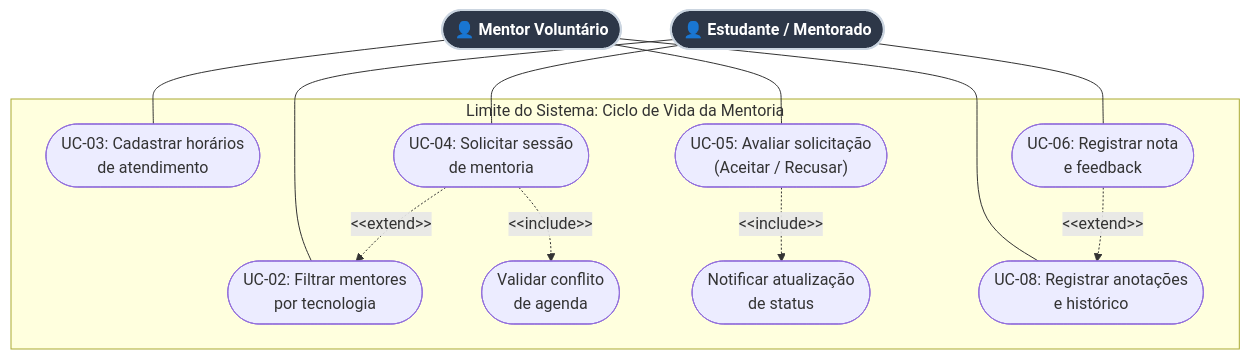
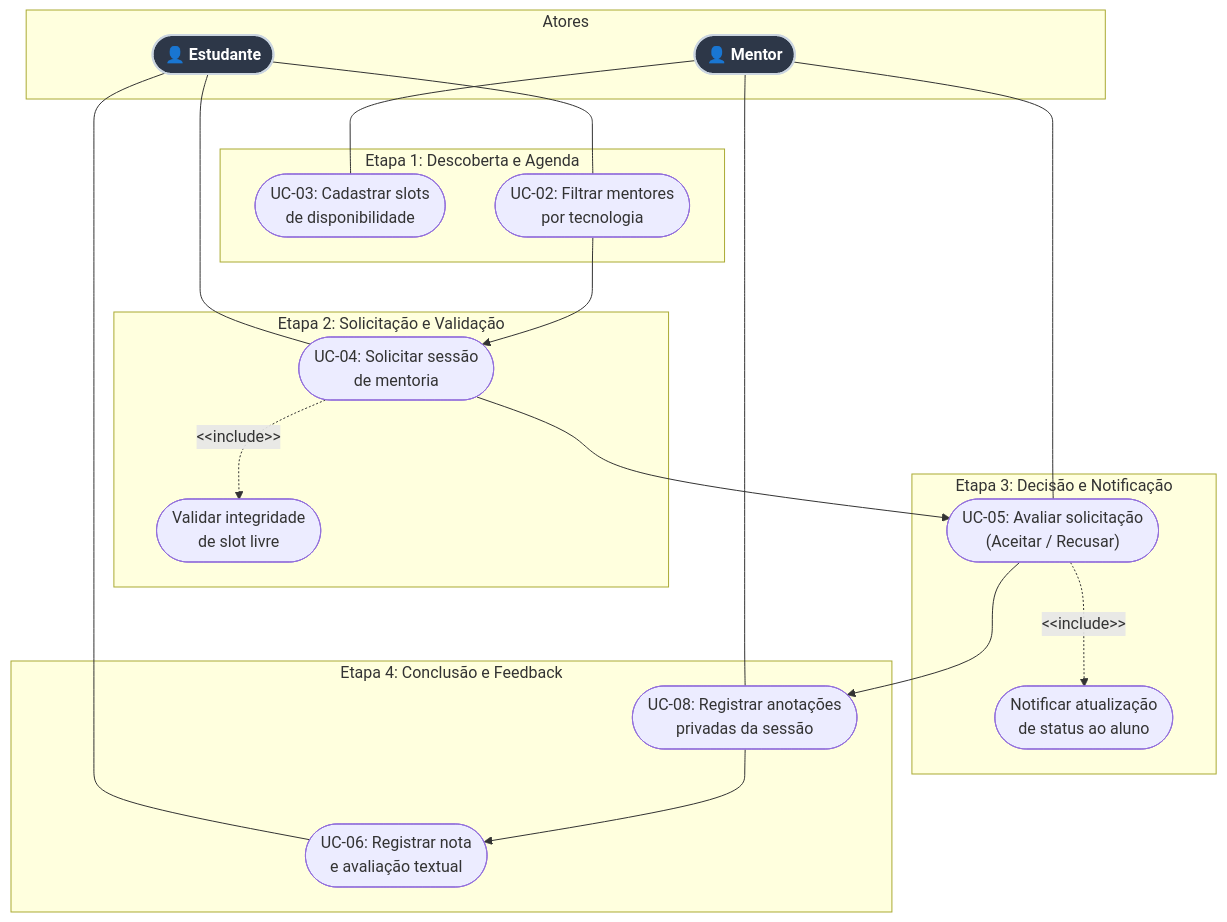
Before and after one commit to leorruas/puc: the second of 2 diagrams in 06. Projeto - Aplicacao Interativa/00 – Projeto de fato.md, drawn with Mermaid. The commit also changed other lines of this file, not shown here.

Commit message:
docs(projeto): organizar diagramas de caso de uso em fluxo vertical e subgrafos empilhados

````diff
--- a/06. Projeto - Aplicacao Interativa/00 – Projeto de fato.md
+++ b/06. Projeto - Aplicacao Interativa/00 – Projeto de fato.md
@@ -211,31 +216,46 @@
 ```mermaid
 flowchart TD
-    AtorAluno(["👤 Estudante / Mentorado"]):::actorStyle
-    AtorMentor(["👤 Mentor Voluntário"]):::actorStyle
-
-    subgraph SistemaMentoria["Limite do Sistema: Ciclo de Vida da Mentoria"]
-        UC_Filtrar(["UC-02: Filtrar mentores<br>por tecnologia"])
-        UC_Slots(["UC-03: Cadastrar horários<br>de atendimento"])
-        UC_Solicitar(["UC-04: Solicitar sessão<br>de mentoria"])
-        UC_ValidarSlot(["Validar conflito<br>de agenda"])
-        UC_Decidir(["UC-05: Avaliar solicitação<br>(Aceitar / Recusar)"])
-        UC_Notificar(["Notificar atualização<br>de status"])
-        UC_Avaliar(["UC-06: Registrar nota<br>e feedback"])
-        UC_Historico(["UC-08: Registrar anotações<br>e histórico"])
+    subgraph AtoresMentoria["Atores"]
+        AtorAluno(["👤 Estudante"]):::actorStyle
+        AtorMentor(["👤 Mentor"]):::actorStyle
     end
 
-    AtorAluno --- UC_Filtrar
-    AtorAluno --- UC_Solicitar
-    AtorAluno --- UC_Avaliar
+    subgraph Etapa1["Etapa 1: Descoberta e Agenda"]
+        UC_Slots(["UC-03: Cadastrar slots<br>de disponibilidade"])
+        UC_Filtrar(["UC-02: Filtrar mentores<br>por tecnologia"])
+    end
+
+    subgraph Etapa2["Etapa 2: Solicitação e Validação"]
+        UC_Solicitar(["UC-04: Solicitar sessão<br>de mentoria"])
+        UC_ValidarSlot(["Validar integridade<br>de slot livre"])
+    end
+
+    subgraph Etapa3["Etapa 3: Decisão e Notificação"]
+        UC_Decidir(["UC-05: Avaliar solicitação<br>(Aceitar / Recusar)"])
+        UC_Notificar(["Notificar atualização<br>de status ao aluno"])
+    end
+
+    subgraph Etapa4["Etapa 4: Conclusão e Feedback"]
+        UC_Historico(["UC-08: Registrar anotações<br>privadas da sessão"])
+        UC_Avaliar(["UC-06: Registrar nota<br>e avaliação textual"])
+    end
 
     AtorMentor --- UC_Slots
+    AtorAluno --- UC_Filtrar
+
+    UC_Filtrar --> UC_Solicitar
+    AtorAluno --- UC_Solicitar
+    UC_Solicitar -.->|&lt;&lt;include&gt;&gt;| UC_ValidarSlot
+
+    UC_Solicitar --> UC_Decidir
     AtorMentor --- UC_Decidir
+    UC_Decidir -.->|&lt;&lt;include&gt;&gt;| UC_Notificar
+
+    UC_Decidir --> UC_Historico
     AtorMentor --- UC_Historico
 
-    UC_Solicitar -.->|&lt;&lt;include&gt;&gt;| UC_ValidarSlot
-    UC_Decidir -.->|&lt;&lt;include&gt;&gt;| UC_Notificar
-    UC_Solicitar -.->|&lt;&lt;extend&gt;&gt;| UC_Filtrar
-    UC_Avaliar -.->|&lt;&lt;extend&gt;&gt;| UC_Historico
+    UC_Historico --> UC_Avaliar
+    AtorAluno --- UC_Avaliar
 
     classDef actorStyle fill:#2d3748,stroke:#cbd5e0,stroke-width:2px,color:#ffffff,font-weight:bold;
 ```
````
